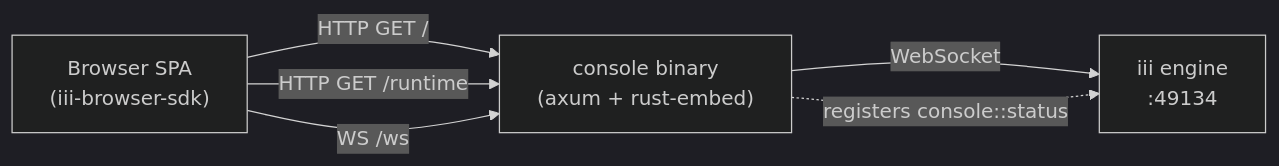
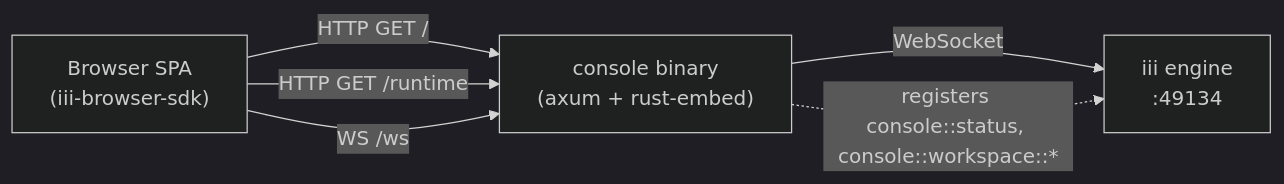
The diagram in console/README.md (iii-hq/workers), drawn with Mermaid (dark theme) before and after one commit. The commit also changed other lines of this file and 9 other files, not shown here.

Commit message:
feat(console): workspace functions and explicit hash on load

````diff
--- a/console/README.md
+++ b/console/README.md
@@ -171,8 +176,8 @@
 ```mermaid
 flowchart LR
     Browser["Browser SPA<br/>(iii-browser-sdk)"] -->|"HTTP GET /"| Console
     Browser -->|"HTTP GET /runtime"| Console
     Browser -->|"WS /ws"| Console
     Console["console binary<br/>(axum + rust-embed)"] -->|"WebSocket"| Engine["iii engine<br/>:49134"]
-    Console -. "registers console::status" .-> Engine
+    Console -. "registers console::status, console::workspace::*" .-> Engine
 ```
````
